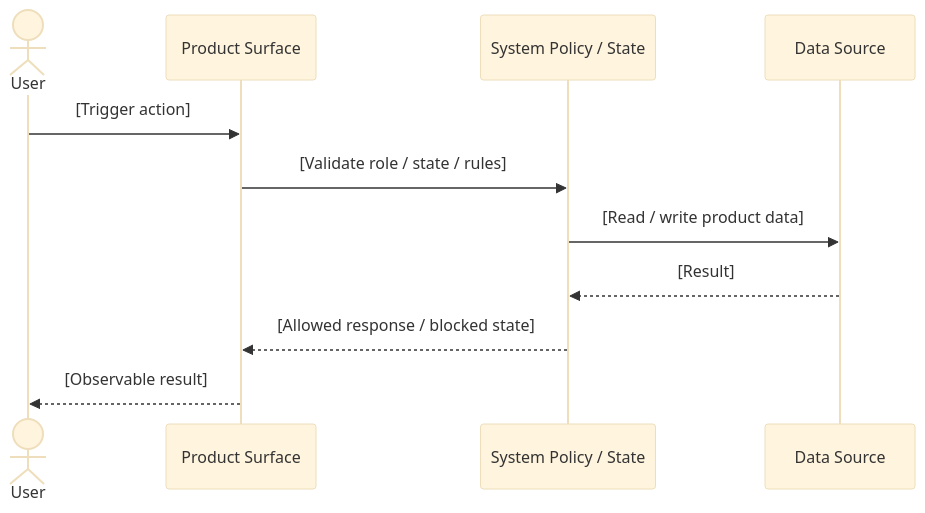
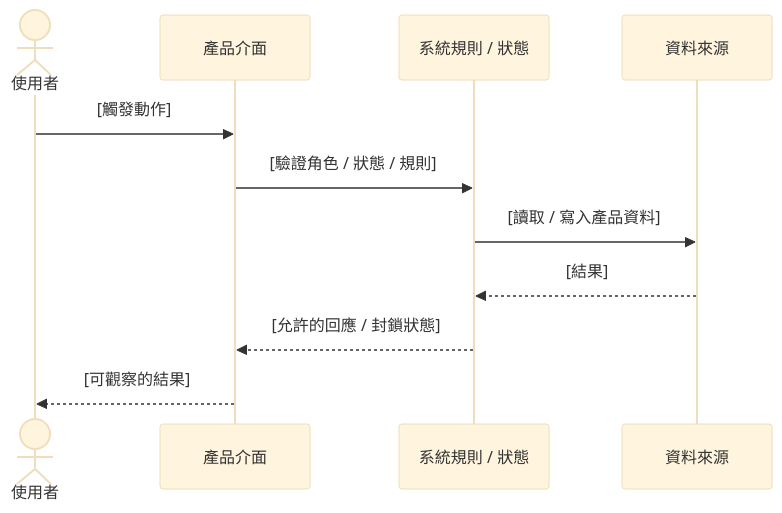
Before and after one commit to singyichen/label-suite: the first of 2 diagrams in .specify/templates/spec-template.md, drawn with Mermaid (base theme). The commit also changed other lines of this file, not shown here.

````diff
--- a/.specify/templates/spec-template.md
+++ b/.specify/templates/spec-template.md
@@ -51,14 +54,14 @@
 ```mermaid
 sequenceDiagram
-    actor User
-    participant ProductSurface as Product Surface
-    participant SystemPolicy as System Policy / State
-    participant DataSource as Data Source
+    actor 使用者
+    participant 產品介面 as 產品介面
+    participant 系統規則 as 系統規則 / 狀態
+    participant 資料來源 as 資料來源
 
-    User->>ProductSurface: [Trigger action]
-    ProductSurface->>SystemPolicy: [Validate role / state / rules]
-    SystemPolicy->>DataSource: [Read / write product data]
-    DataSource-->>SystemPolicy: [Result]
-    SystemPolicy-->>ProductSurface: [Allowed response / blocked state]
-    ProductSurface-->>User: [Observable result]
+    使用者->>產品介面: [觸發動作]
+    產品介面->>系統規則: [驗證角色 / 狀態 / 規則]
+    系統規則->>資料來源: [讀取 / 寫入產品資料]
+    資料來源-->>系統規則: [結果]
+    系統規則-->>產品介面: [允許的回應 / 封鎖狀態]
+    產品介面-->>使用者: [可觀察的結果]
 ```
````
